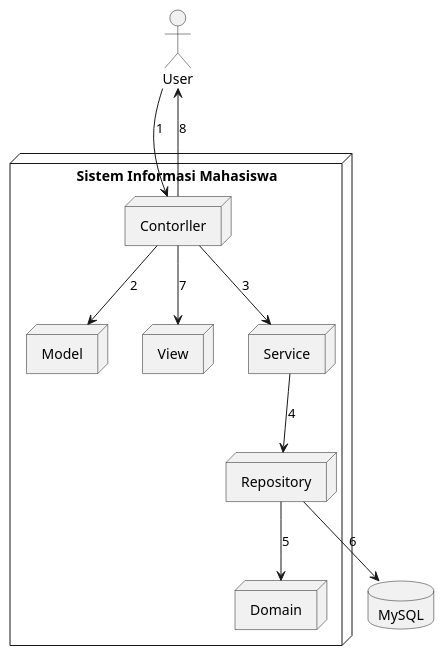
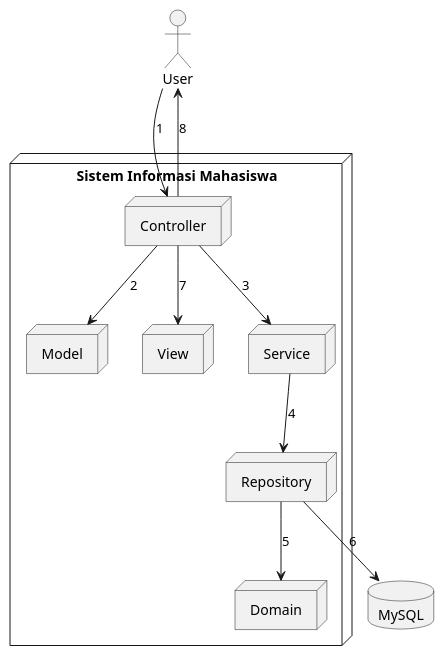
Before and after one commit to onlyiqbal/crud-sistem-informasi-mahasiswa: the diagram in architectur.puml, drawn with PlantUML. The commit also changed 12 other files, not shown here.

```diff
--- a/architectur.puml
+++ b/architectur.puml
@@ -1,23 +1,23 @@
 @startuml Sistem Informasi Mahasiswa
      actor "User" as user
 
      node "Sistem Informasi Mahasiswa" {
           node "Model" as model
           node "Domain" as domain
-          node "Contorller" as controller
+          node "Controller" as controller
           node "View" as view
           node "Service" as service
           node "Repository" as repository
      }
 
      database "MySQL" as mysql
 
      user --> controller : 1
      controller --> model : 2
      controller --> service : 3
      service --> repository : 4
      repository --> domain : 5
      repository --> mysql : 6
      controller --> view : 7
      controller --> user : 8
 @enduml
```
